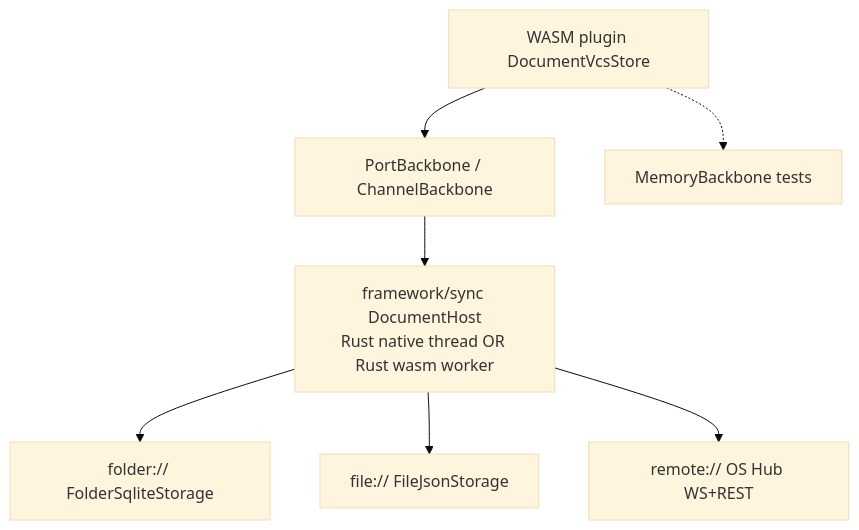
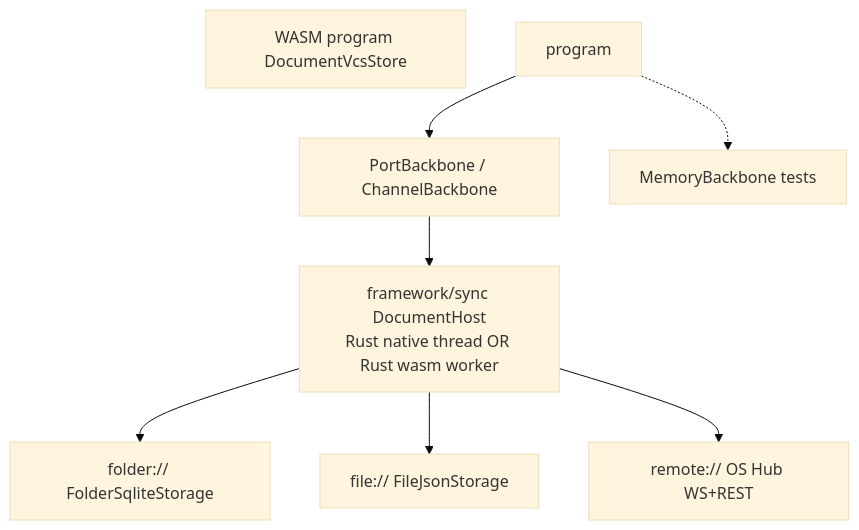
The diagram in .cursor/plans/rust_vcs_backbones_056ac2b1.plan.md (usalu/semio), drawn with Mermaid (base theme) before and after one commit. The commit also changed other lines of this file and 1361 other files, not shown here.

````diff
--- a/.cursor/plans/rust_vcs_backbones_056ac2b1.plan.md
+++ b/.cursor/plans/rust_vcs_backbones_056ac2b1.plan.md
@@ -38,16 +38,16 @@
 ```mermaid
 flowchart TB
-  plugin["WASM plugin DocumentVcsStore"]
+  plugin["WASM program DocumentVcsStore"]
   port["PortBackbone / ChannelBackbone"]
   actor["framework/sync DocumentHost\nRust native thread OR Rust wasm worker"]
   folder["folder:// FolderSqliteStorage"]
   file["file:// FileJsonStorage"]
   hub["remote:// OS Hub WS+REST"]
   mem["MemoryBackbone tests"]
 
-  plugin --> port --> actor
+  program --> port --> actor
   actor --> folder
   actor --> file
   actor --> hub
-  plugin -.-> mem
+  program -.-> mem
 ```
````
